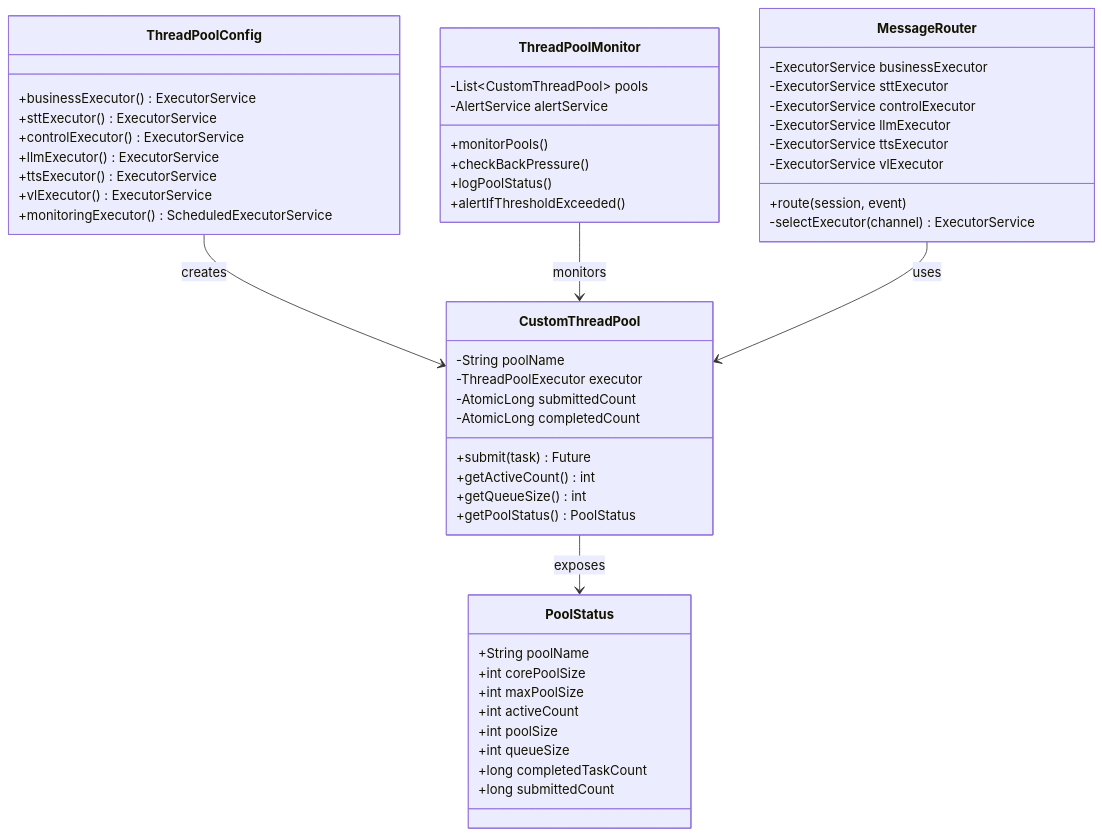
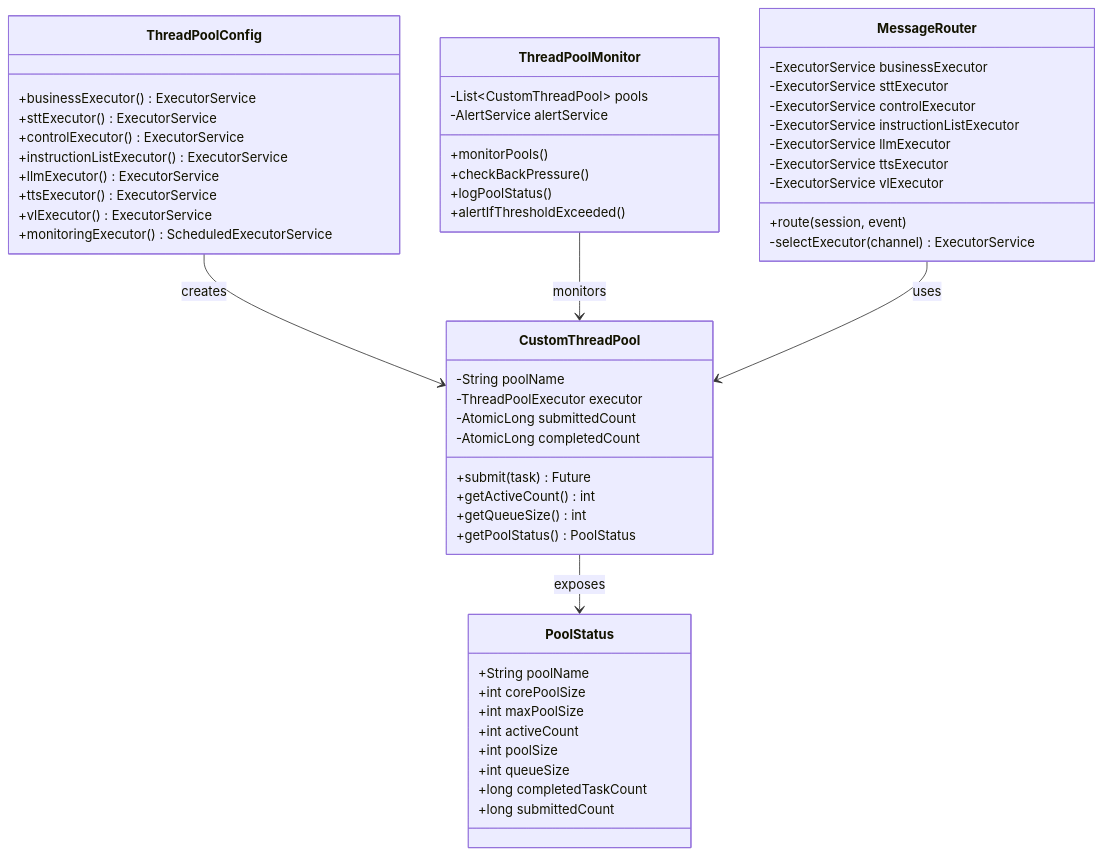
The tenth of 18 diagrams in cursor/WS重构.md (nangong918/magic-vector), drawn with Mermaid before and after one commit. The commit also changed other lines of this file, not shown here.

````diff
--- a/cursor/WS重构.md
+++ b/cursor/WS重构.md
@@ -977,59 +1064,61 @@
 ```mermaid
 classDiagram
     class ThreadPoolConfig {
         +businessExecutor() ExecutorService
         +sttExecutor() ExecutorService
         +controlExecutor() ExecutorService
+        +instructionListExecutor() ExecutorService
         +llmExecutor() ExecutorService
         +ttsExecutor() ExecutorService
         +vlExecutor() ExecutorService
         +monitoringExecutor() ScheduledExecutorService
     }
 
     class CustomThreadPool {
         -String poolName
         -ThreadPoolExecutor executor
         -AtomicLong submittedCount
         -AtomicLong completedCount
         +submit(task) Future
         +getActiveCount() int
         +getQueueSize() int
         +getPoolStatus() PoolStatus
     }
 
     class PoolStatus {
         +String poolName
         +int corePoolSize
         +int maxPoolSize
         +int activeCount
         +int poolSize
         +int queueSize
         +long completedTaskCount
         +long submittedCount
     }
 
     class ThreadPoolMonitor {
         -List~CustomThreadPool~ pools
         -AlertService alertService
         +monitorPools()
         +checkBackPressure()
         +logPoolStatus()
         +alertIfThresholdExceeded()
     }
 
     class MessageRouter {
         -ExecutorService businessExecutor
         -ExecutorService sttExecutor
         -ExecutorService controlExecutor
+        -ExecutorService instructionListExecutor
         -ExecutorService llmExecutor
         -ExecutorService ttsExecutor
         -ExecutorService vlExecutor
         +route(session, event)
         -selectExecutor(channel) ExecutorService
     }
 
     ThreadPoolConfig --> CustomThreadPool : creates
     CustomThreadPool --> PoolStatus : exposes
     ThreadPoolMonitor --> CustomThreadPool : monitors
     MessageRouter --> CustomThreadPool : uses
 ```
````
